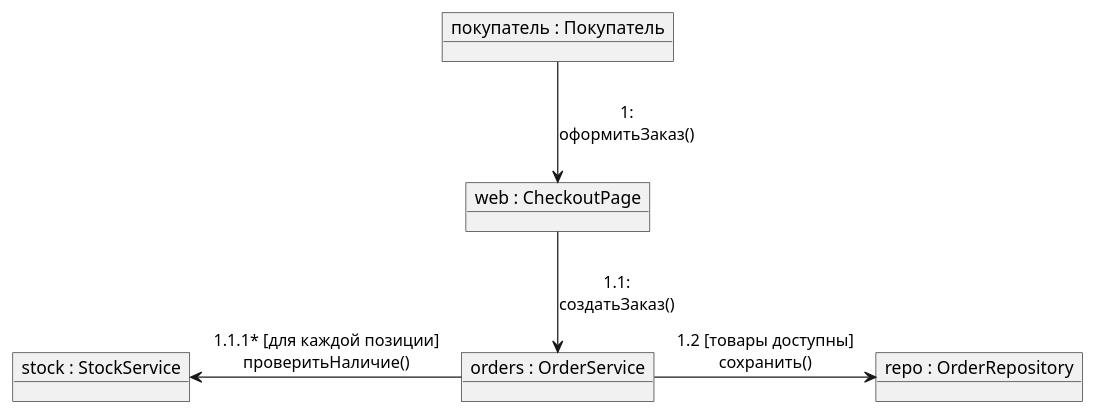
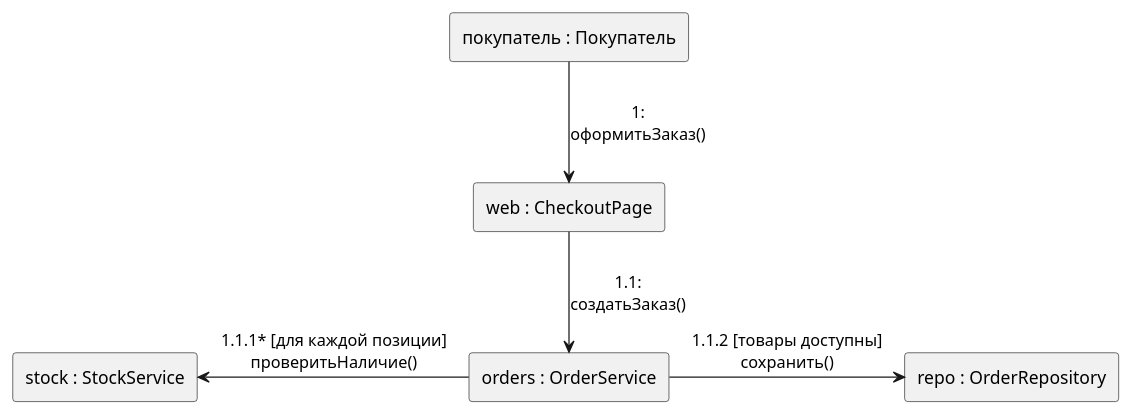
One commit to BakasaRus/uml-course changed the diagram in src/content/docs/notation/15-communication-diagrams.md. Above: the diagram before and after it, drawn with PlantUML. The commit also changed other lines of this file and 15 other files, not shown here.

````diff
--- a/src/content/docs/notation/15-communication-diagrams.md
+++ b/src/content/docs/notation/15-communication-diagrams.md
@@ -20,16 +20,16 @@
 ```plantuml
 @startuml
 top to bottom direction
 
-object "покупатель : Покупатель" as Customer
-object "web : CheckoutPage" as Web
-object "orders : OrderService" as Orders
-object "stock : StockService" as Stock
-object "repo : OrderRepository" as Repository
+rectangle "покупатель : Покупатель" as Customer
+rectangle "web : CheckoutPage" as Web
+rectangle "orders : OrderService" as Orders
+rectangle "stock : StockService" as Stock
+rectangle "repo : OrderRepository" as Repository
 
 Customer -down-> Web : 1:\nоформитьЗаказ()
 Web -down-> Orders : 1.1:\nсоздатьЗаказ()
 Orders -left-> Stock : 1.1.1* [для каждой позиции]\nпроверитьНаличие()
-Orders -right-> Repository : 1.2 [товары доступны]\nсохранить()
+Orders -right-> Repository : 1.1.2 [товары доступны]\nсохранить()
 @enduml
 ```
````
